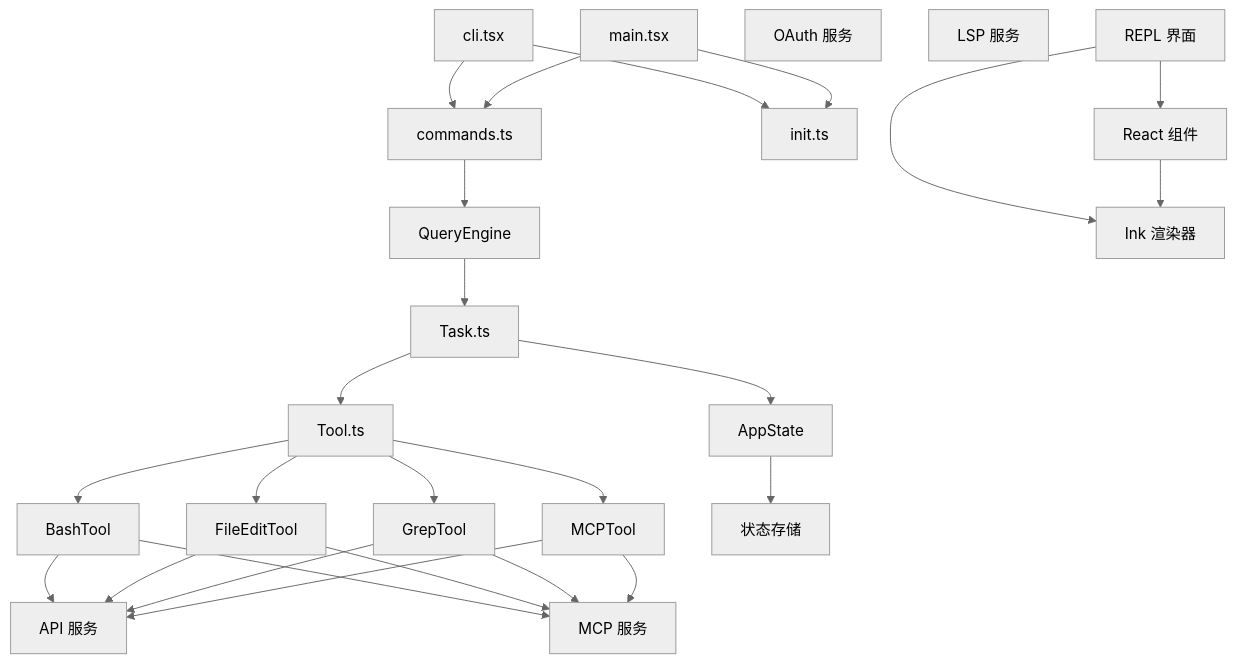
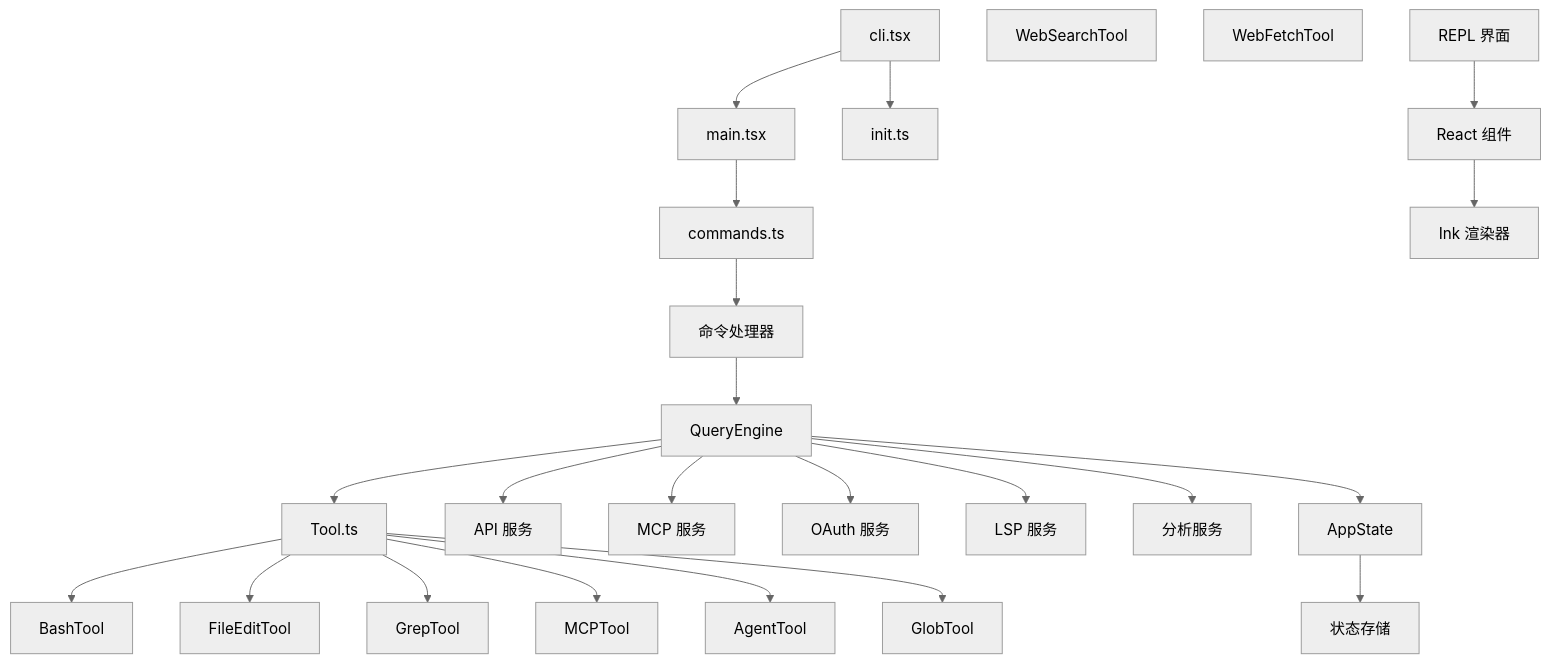
One commit to niuma996/claude-code-sourcemap-wiki changed the first of 4 diagrams in .nium-wiki/wiki/architecture.md. Above: the diagram before and after it, drawn with Mermaid (neutral theme). The commit also changed other lines of this file and 1976 other files, not shown here.

````diff
--- a/.nium-wiki/wiki/architecture.md
+++ b/.nium-wiki/wiki/architecture.md
@@ -13,62 +13,64 @@
 ```mermaid
 graph TD
     %% 入口层
     CLI["cli.tsx"]
     Main["main.tsx"]
+    Init["init.ts"]
 
     %% 命令层
     Commands["commands.ts"]
-    Init["init.ts"]
+    Handlers["命令处理器"]
 
     %% 核心引擎
     Query["QueryEngine"]
-    Task["Task.ts"]
     Tool["Tool.ts"]
 
     %% 工具系统
     Bash["BashTool"]
     FileEdit["FileEditTool"]
     Grep["GrepTool"]
     MCPTool["MCPTool"]
+    Agent["AgentTool"]
+    Glob["GlobTool"]
+    WebSearch["WebSearchTool"]
+    WebFetch["WebFetchTool"]
 
     %% 服务层
     API["API 服务"]
     MCP["MCP 服务"]
     OAuth["OAuth 服务"]
     LSP["LSP 服务"]
+    Analytics["分析服务"]
 
     %% 界面层
     REPL["REPL 界面"]
     Components["React 组件"]
     Ink["Ink 渲染器"]
 
     %% 状态管理
     AppState["AppState"]
     Store["状态存储"]
 
     %% 连接关系
-    CLI --> Commands
+    CLI --> Main
     CLI --> Init
     Main --> Commands
-    Main --> Init
-    Commands --> Query
-    Query --> Task
-    Task --> Tool
+    Commands --> Handlers
+    Handlers --> Query
+    Query --> Tool
     Tool --> Bash
     Tool --> FileEdit
     Tool --> Grep
     Tool --> MCPTool
-    Bash --> API
-    Bash --> MCP
-    FileEdit --> API
-    FileEdit --> MCP
-    Grep --> API
-    Grep --> MCP
-    MCPTool --> API
-    MCPTool --> MCP
-    Task --> AppState
+    Tool --> Agent
+    Tool --> Glob
+    Query --> API
+    Query --> MCP
+    Query --> OAuth
+    Query --> LSP
+    Query --> Analytics
     REPL --> Components
-    REPL --> Ink
     Components --> Ink
+    Query --> AppState
     AppState --> Store
 ```
````
